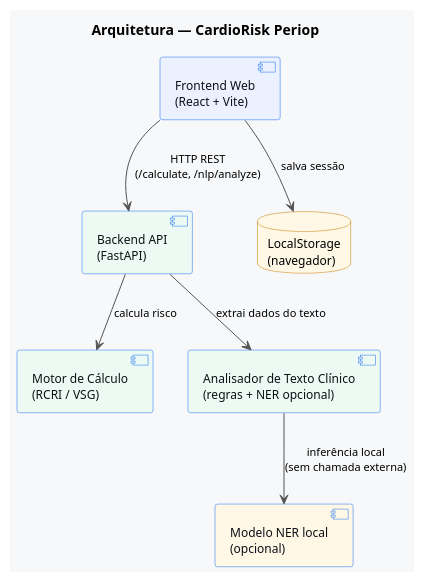
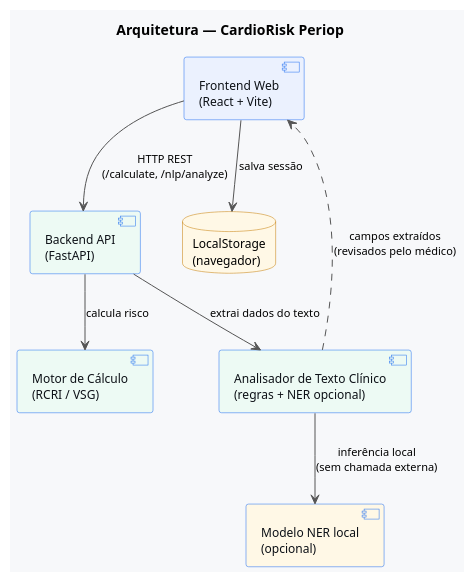
Before and after one commit to GustavoFrossard/Cardio-Risk-Calc: the diagram in diagramas/architecture.puml, drawn with PlantUML. The commit also changed 1 other file, not shown here.

Commit message:
Architecture diagram: show how extracted fields reach the calculator
The advisor asked for an edge from the clinical text analyser to the
risk calculator. There is no such call: clinical_nlp and calculator do
not import each other, and /nlp/analyze and /calculate are independent
endpoints. The path is real but mediated by the frontend, which merges
res.autofill into dadosFormulario and later submits it to /calculate.

Draw it as a dashed edge back to the frontend, labelled as fields that
the physician reviews, so the diagram shows the full path without
claiming a direct call.

```diff
--- a/diagramas/architecture.puml
+++ b/diagramas/architecture.puml
@@ -1,35 +1,36 @@
 @startuml CardioRisk_Arquitetura
 title Arquitetura — CardioRisk Periop
 
 skinparam backgroundColor #F7F8FA
 skinparam defaultFontName Segoe UI
 skinparam defaultFontSize 12
 
 skinparam component {
   BorderColor       #1A6BF0
   BackgroundColor   #EBF1FE
   FontColor         #0D1117
 }
 
 skinparam database {
   BorderColor       #C47A00
   BackgroundColor   #FFF8E6
 }
 
 skinparam ArrowColor  #555555
 skinparam ArrowFontSize 11
 
 [Frontend Web\n(React + Vite)]             as frontend  #EBF1FE
 [Backend API\n(FastAPI)]                   as api       #EDFAF4
 [Motor de Cálculo\n(RCRI / VSG)]           as calc      #EDFAF4
 [Analisador de Texto Clínico\n(regras + NER opcional)] as nlp #EDFAF4
 [Modelo NER local\n(opcional)]             as ner       #FFF8E6
 database "LocalStorage\n(navegador)"       as ls        #FFF8E6
 
 frontend  --> api      : HTTP REST\n(/calculate, /nlp/analyze)
 frontend  --> ls       : salva sessão
 api       --> calc     : calcula risco
 api       --> nlp      : extrai dados do texto
 nlp       --> ner      : inferência local\n(sem chamada externa)
+nlp       ..> frontend : campos extraídos\n(revisados pelo médico)
 
 @enduml
```
